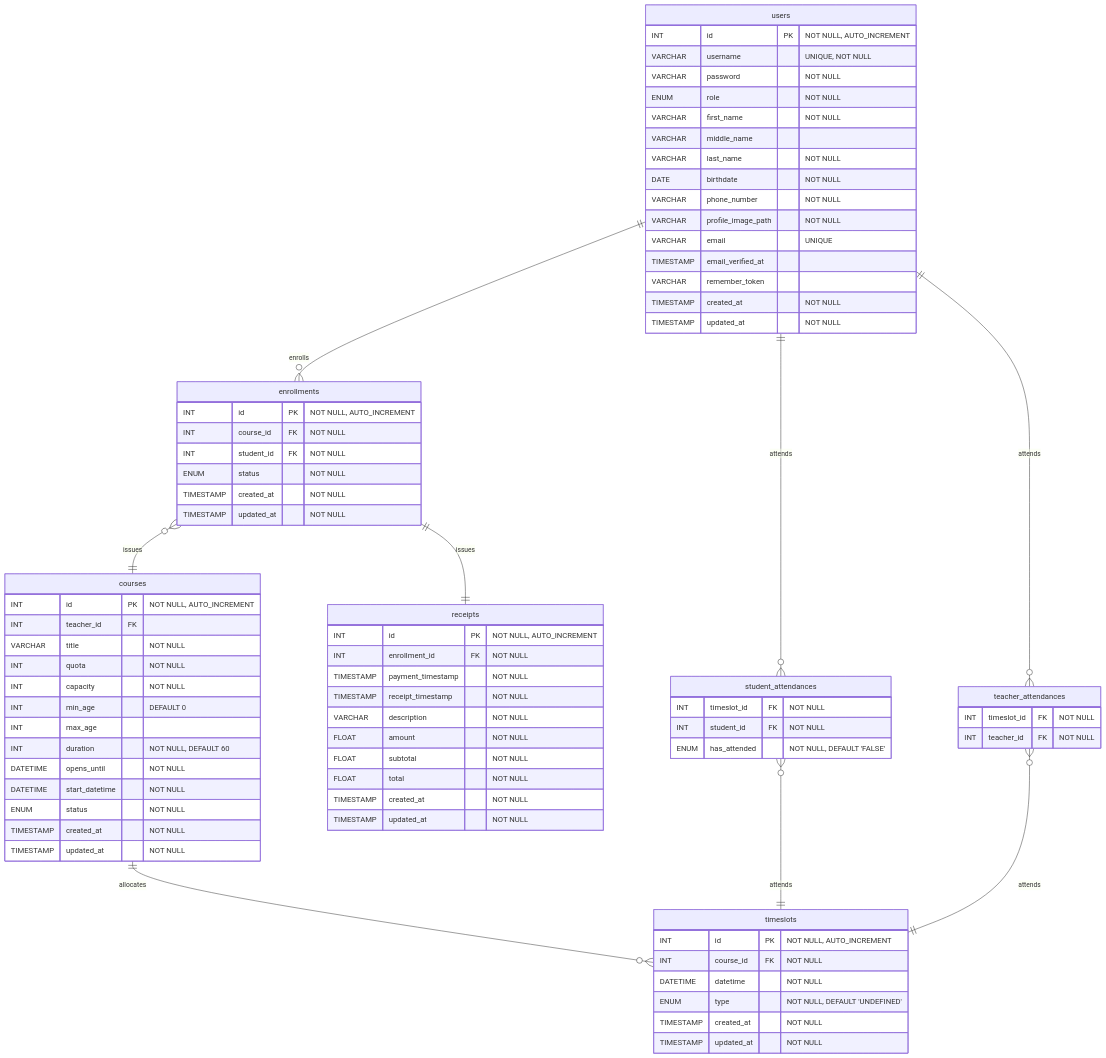
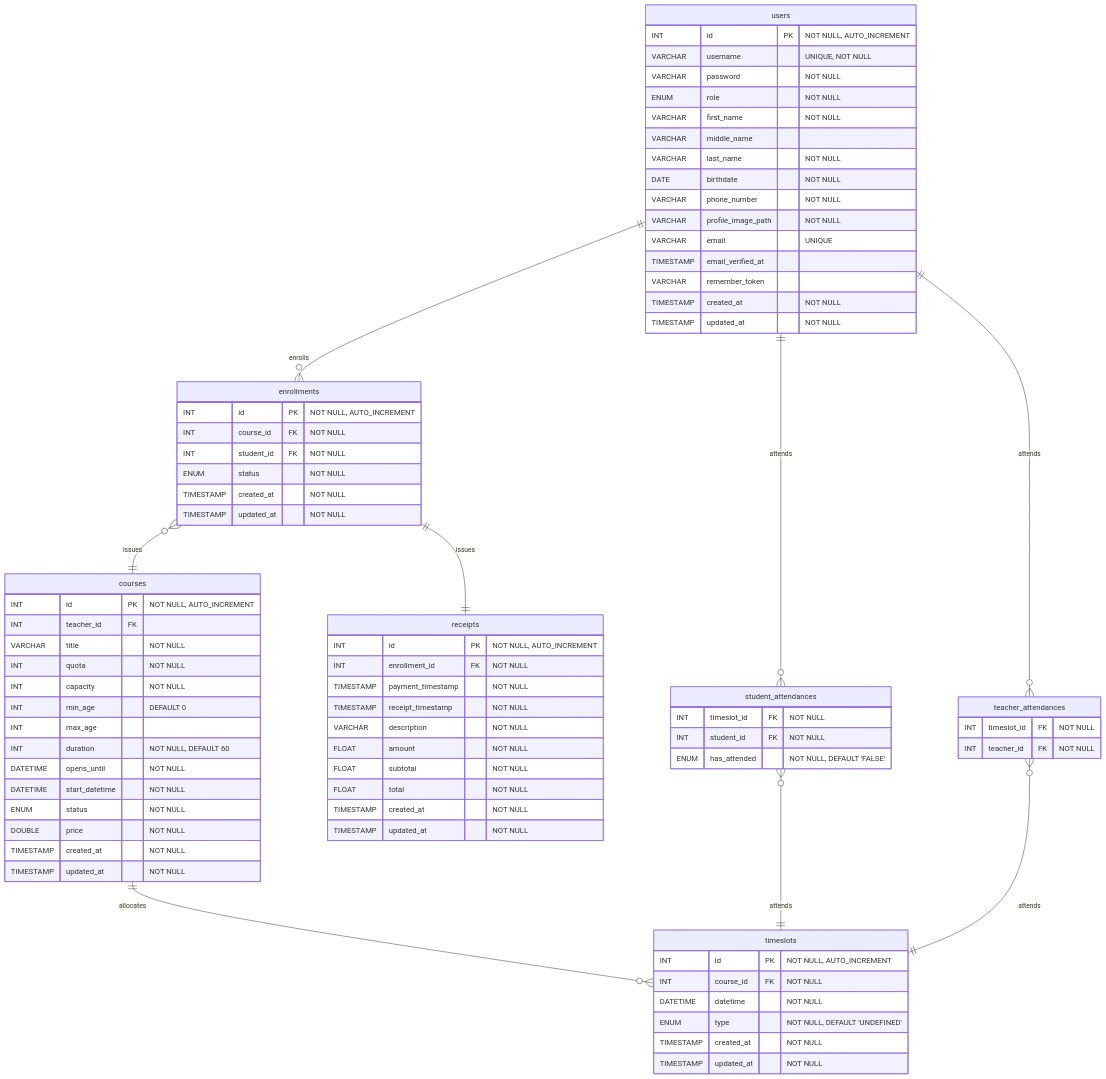
One commit to SaluteKevin/AQkid changed the diagram in Design/er.md. Above: the diagram before and after it, drawn with Mermaid. The commit also changed 4 other files, not shown here.

```diff
--- a/Design/er.md
+++ b/Design/er.md
@@ -34,6 +34,7 @@
         DATETIME opens_until "NOT NULL"
         DATETIME start_datetime "NOT NULL"
         ENUM status "NOT NULL"
+        DOUBLE price "NOT NULL"
         TIMESTAMP created_at "NOT NULL"
         TIMESTAMP updated_at "NOT NULL"
     }
```
